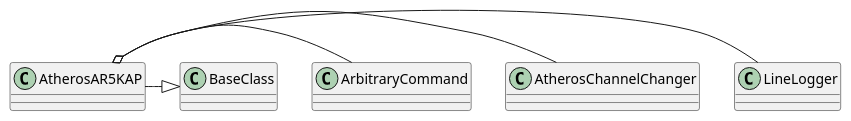
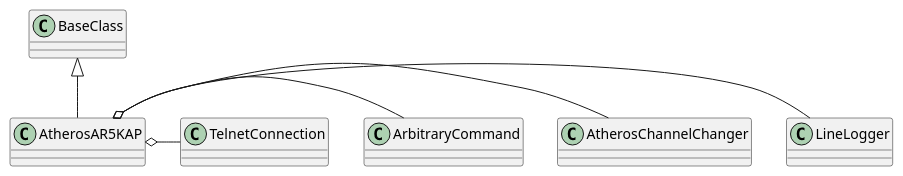
The third of 6 diagrams in apcommand/accesspoints/atheros.rst (russell-n/apcommand), drawn with PlantUML before and after one commit. The commit also changed other lines of this file and 74 other files, not shown here.

```diff
--- a/apcommand/accesspoints/atheros.rst
+++ b/apcommand/accesspoints/atheros.rst
@@ -72,6 +130,7 @@
 .. uml::
 
+   BaseClass <|-- AtherosAR5KAP
    AtherosAR5KAP o- LineLogger
    AtherosAR5KAP o- AtherosChannelChanger
-   AtherosAR5KAP o- ArbitraryCommand   
-   AtherosAR5KAP -|> BaseClass
+   AtherosAR5KAP o- ArbitraryCommand
+   AtherosAR5KAP o- TelnetConnection
```
